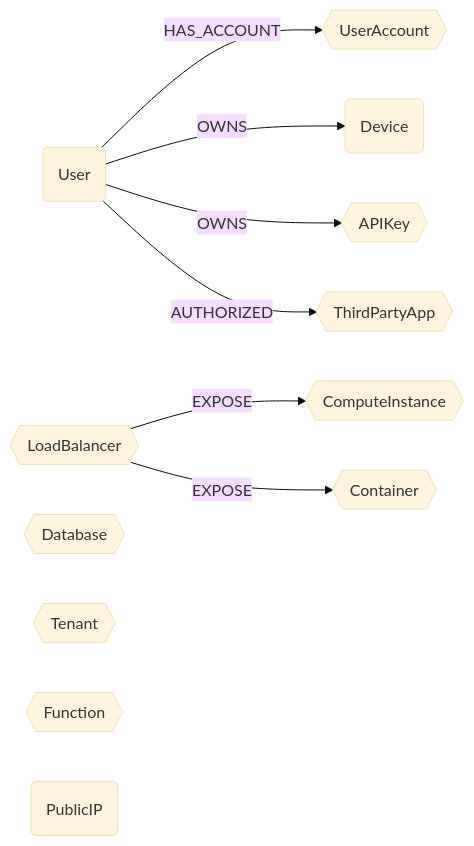
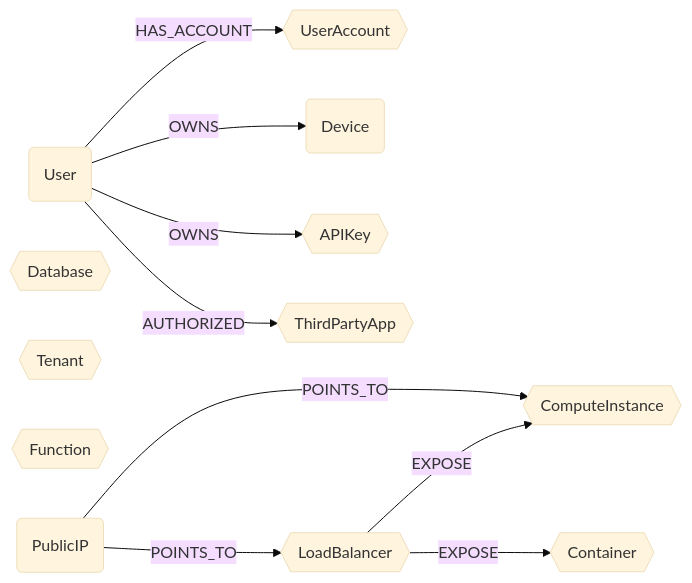
The diagram in docs/root/modules/ontology/schema.md (cartography-cncf/cartography), drawn with Mermaid (base theme) before and after one commit. The commit also changed other lines of this file and 4 other files, not shown here.

````diff
--- a/docs/root/modules/ontology/schema.md
+++ b/docs/root/modules/ontology/schema.md
@@ -6,14 +6,15 @@
 ```mermaid
 graph LR
 
 U(User) -- HAS_ACCOUNT --> UA{{UserAccount}}
 U -- OWNS --> CC(Device)
 U -- OWNS --> AK{{APIKey}}
 U -- AUTHORIZED --> OA{{ThirdPartyApp}}
 LB{{LoadBalancer}} -- EXPOSE --> CI{{ComputeInstance}}
 LB -- EXPOSE --> CT{{Container}}
 DB{{Database}}
 TN{{Tenant}}
 FN{{Function}}
-PIP(PublicIP)
+PIP(PublicIP) -- POINTS_TO --> LB
+PIP -- POINTS_TO --> CI
 ```
````
